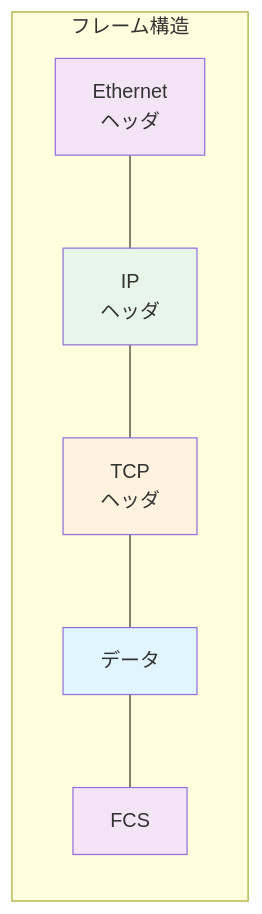
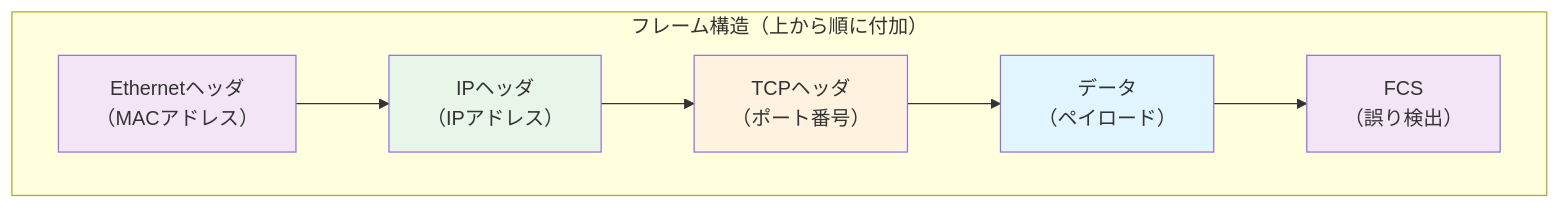
The sixth of 9 diagrams in site/src/content/docs/notes/osi-tcpip-comparison.md (ikarigata/nespe_memo), drawn with Mermaid before and after one commit. The commit also changed other lines of this file, not shown here.

First line of the commit message:
Mermaid図をスマホ向けに縦型レイアウトに変更

````diff
--- a/site/src/content/docs/notes/osi-tcpip-comparison.md
+++ b/site/src/content/docs/notes/osi-tcpip-comparison.md
@@ -173,18 +183,18 @@
 ```mermaid
-graph LR
-    subgraph フレーム構造
-        EH[Ethernet<br/>ヘッダ]
-        IH[IP<br/>ヘッダ]
-        TH[TCP<br/>ヘッダ]
-        DATA[データ]
-        FCS[FCS]
+graph TB
+    subgraph frame["フレーム構造（上から順に付加）"]
+        EH["Ethernetヘッダ<br/>（MACアドレス）"]
+        IH["IPヘッダ<br/>（IPアドレス）"]
+        TH["TCPヘッダ<br/>（ポート番号）"]
+        DATA["データ<br/>（ペイロード）"]
+        FCS["FCS<br/>（誤り検出）"]
     end
 
-    EH --- IH --- TH --- DATA --- FCS
+    EH --> IH --> TH --> DATA --> FCS
 
     style EH fill:#f3e5f5
     style IH fill:#e8f5e9
     style TH fill:#fff3e0
     style DATA fill:#e1f5fe
     style FCS fill:#f3e5f5
 ```
````
